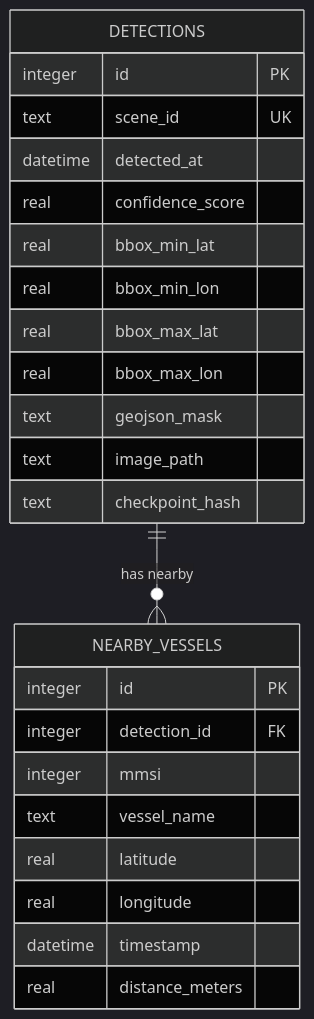
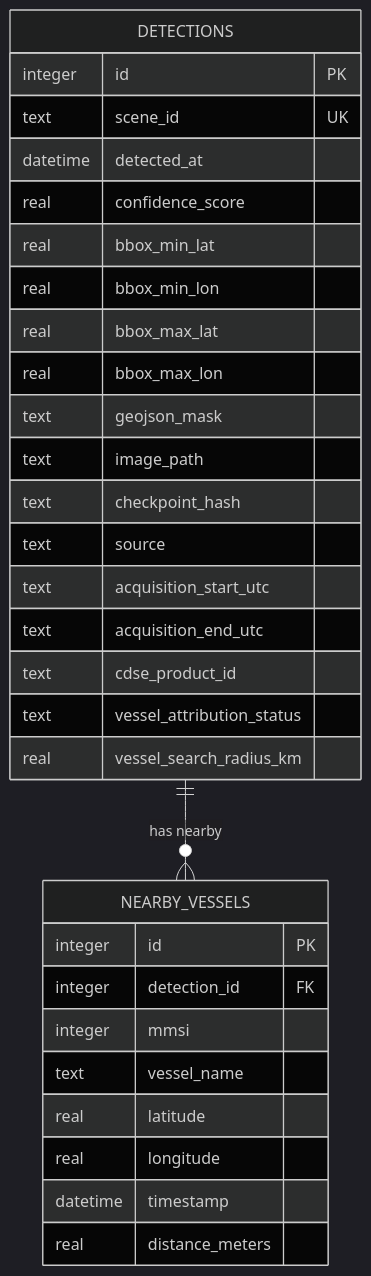
Before and after one commit to Zenzencat/Project-Pelagic: the diagram in docs/db_schema.md, drawn with Mermaid (dark theme). The commit also changed other lines of this file and 24 other files, not shown here.

````diff
--- a/docs/db_schema.md
+++ b/docs/db_schema.md
@@ -18,29 +18,35 @@
 ```mermaid
 erDiagram
   DETECTIONS ||--o{ NEARBY_VESSELS : "has nearby"
   
   DETECTIONS {
     integer id PK
     text scene_id UK
     datetime detected_at
     real confidence_score
     real bbox_min_lat
     real bbox_min_lon
     real bbox_max_lat
     real bbox_max_lon
     text geojson_mask
     text image_path
     text checkpoint_hash
+    text source
+    text acquisition_start_utc
+    text acquisition_end_utc
+    text cdse_product_id
+    text vessel_attribution_status
+    real vessel_search_radius_km
   }
 
   NEARBY_VESSELS {
     integer id PK
     integer detection_id FK
     integer mmsi
     text vessel_name
     real latitude
     real longitude
     datetime timestamp
     real distance_meters
   }
 ```
````
